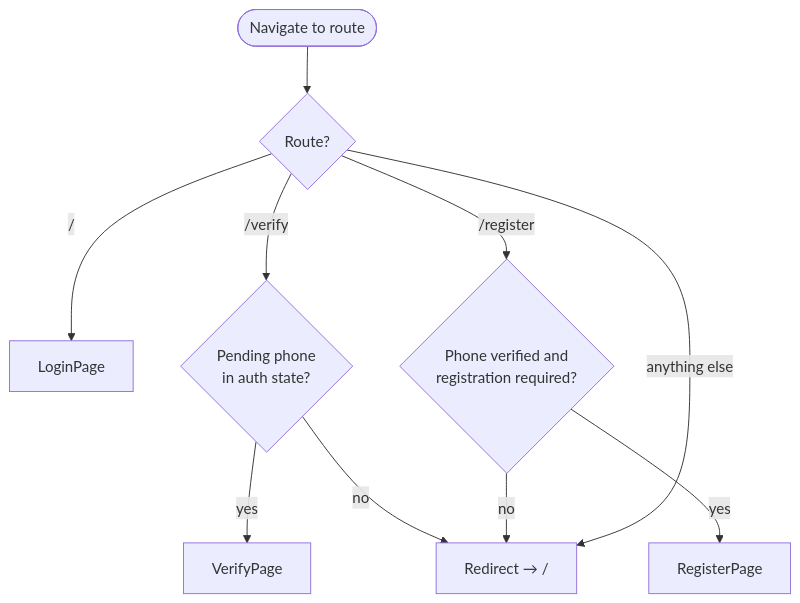
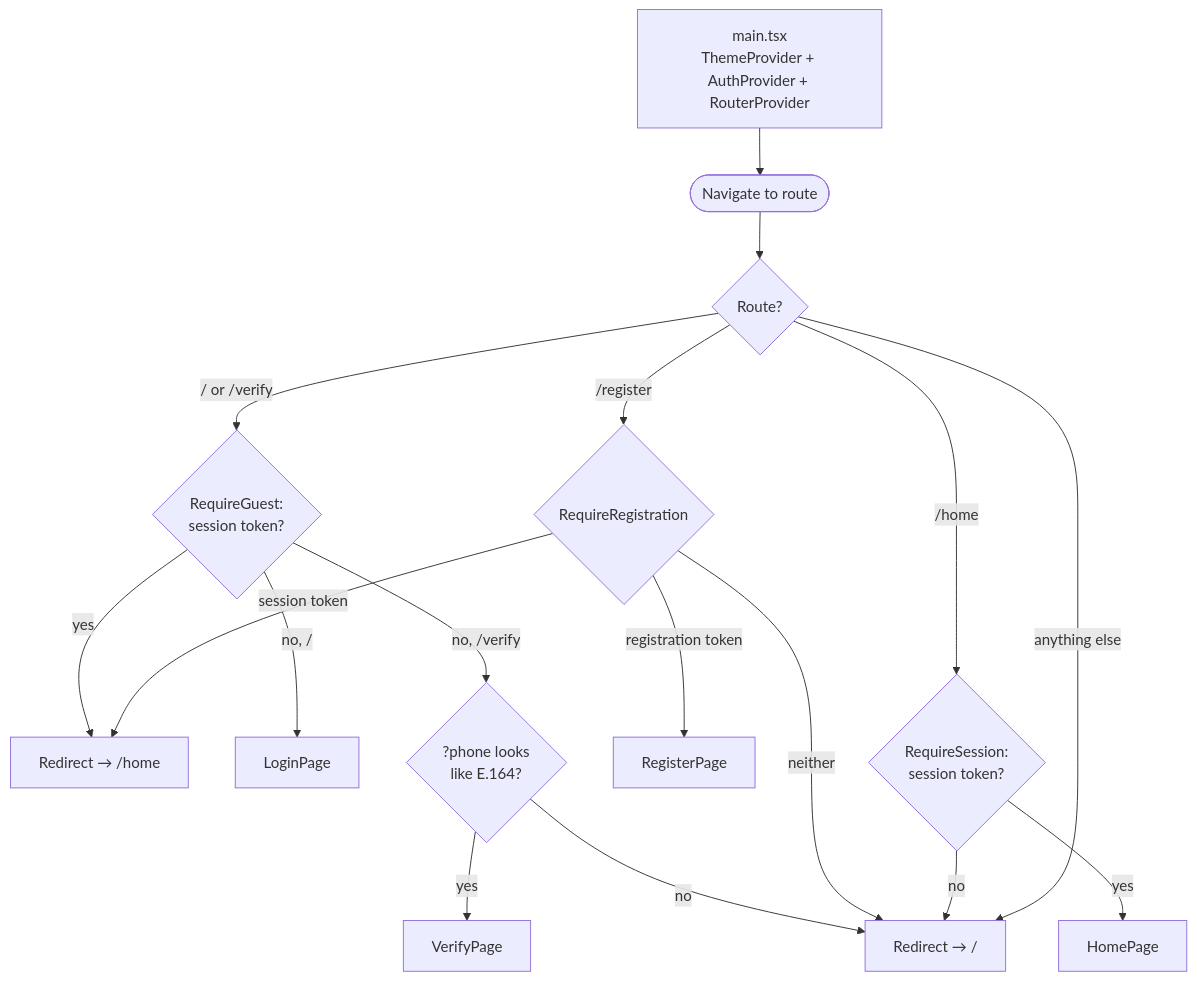
One commit to ormizj/OtpAuthAssessment changed the tenth of 10 diagrams in FLOW.md. Above: the diagram before and after it, drawn with Mermaid. The commit also changed other lines of this file and 2 other files, not shown here.

Commit message:
Document assumptions and update flow diagrams to the implemented app

````diff
--- a/FLOW.md
+++ b/FLOW.md
@@ -290,16 +363,23 @@
 ```mermaid
 flowchart TD
-    nav(["Navigate to route"]) --> which{"Route?"}
+    main["main.tsx<br/>ThemeProvider + AuthProvider + RouterProvider"] --> nav(["Navigate to route"])
+    nav --> which{"Route?"}
 
-    which -- "/" --> login["LoginPage"]
+    which -- "/ or /verify" --> g1{"RequireGuest:<br/>session token?"}
+    g1 -- yes --> toHome["Redirect → /home"]
+    g1 -- "no, /" --> login["LoginPage"]
+    g1 -- "no, /verify" --> ph{"?phone looks<br/>like E.164?"}
+    ph -- yes --> verify["VerifyPage"]
+    ph -- no --> toLogin["Redirect → /"]
 
-    which -- "/verify" --> hasPhone{"Pending phone<br/>in auth state?"}
-    hasPhone -- yes --> verify["VerifyPage"]
-    hasPhone -- no --> toLogin["Redirect → /"]
+    which -- "/register" --> g2{"RequireRegistration"}
+    g2 -- "session token" --> toHome
+    g2 -- "registration token" --> register["RegisterPage"]
+    g2 -- "neither" --> toLogin
 
-    which -- "/register" --> isVerified{"Phone verified and<br/>registration required?"}
-    isVerified -- yes --> register["RegisterPage"]
-    isVerified -- no --> toLogin
+    which -- "/home" --> g3{"RequireSession:<br/>session token?"}
+    g3 -- yes --> home["HomePage"]
+    g3 -- no --> toLogin
 
     which -- "anything else" --> toLogin
 ```
````
